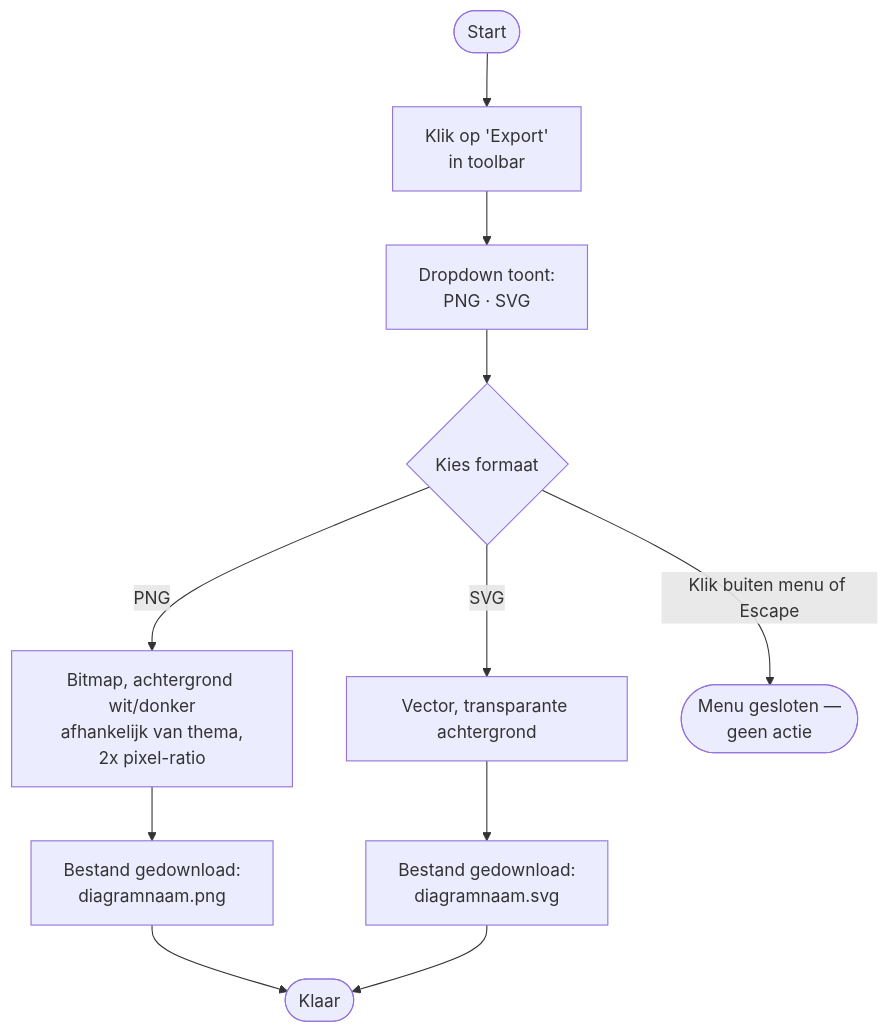
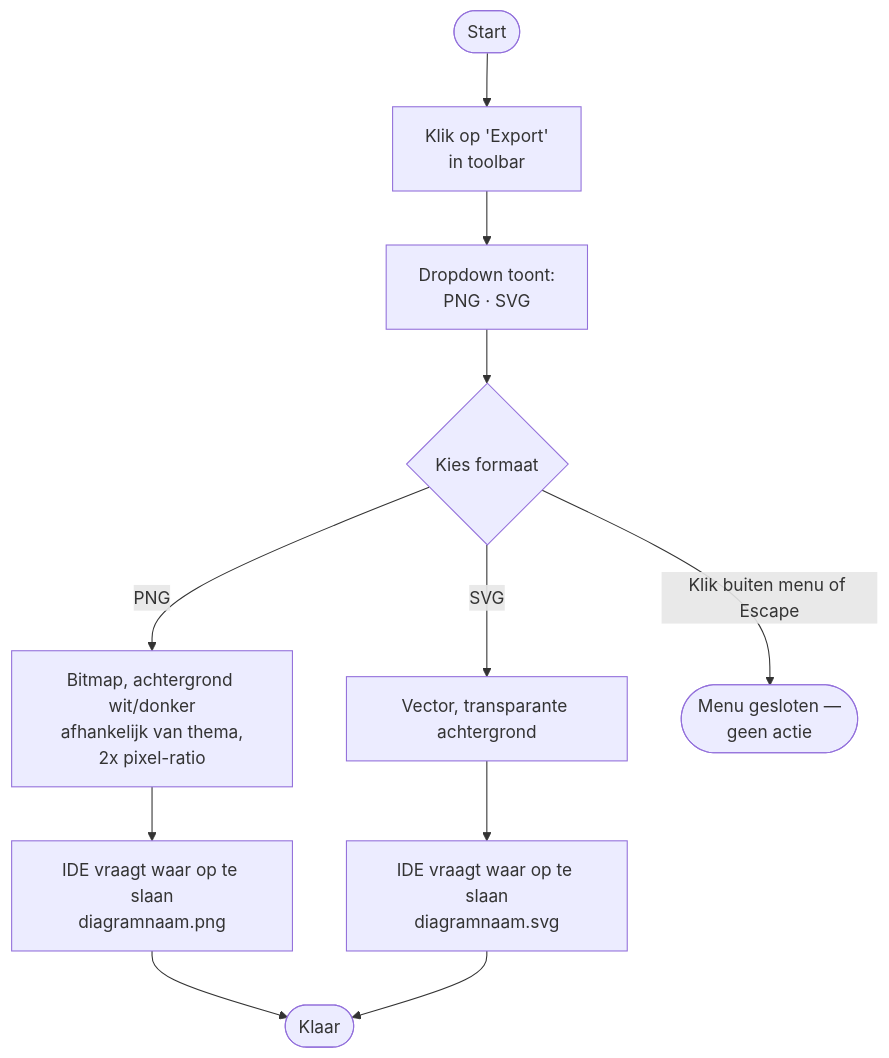
Diagram 17 of 18 in docs/USERFLOWS.md (GRJX/mmd-flowchart), drawn with Mermaid before and after one commit. The commit also changed other lines of this file and 36 other files, not shown here.

First line of the commit message:
feat: add MMD Flowchart extension for VS Code

````diff
--- a/docs/USERFLOWS.md
+++ b/docs/USERFLOWS.md
@@ -401,13 +347,13 @@
 ```mermaid
 flowchart TD
     A([Start]) --> B["Klik op 'Export'<br>in toolbar"]
     B --> C["Dropdown toont:<br>PNG · SVG"]
     C --> D{Kies formaat}
     D -- PNG --> E["Bitmap, achtergrond wit/donker<br>afhankelijk van thema,<br>2x pixel-ratio"]
     D -- SVG --> F["Vector, transparante achtergrond"]
-    E --> G["Bestand gedownload:<br>diagramnaam.png"]
-    F --> H["Bestand gedownload:<br>diagramnaam.svg"]
+    E --> G["IDE vraagt waar op te slaan<br>diagramnaam.png"]
+    F --> H["IDE vraagt waar op te slaan<br>diagramnaam.svg"]
     G --> I([Klaar])
     H --> I
     D -- "Klik buiten menu of Escape" --> J(["Menu gesloten —<br>geen actie"])
 ```
````
